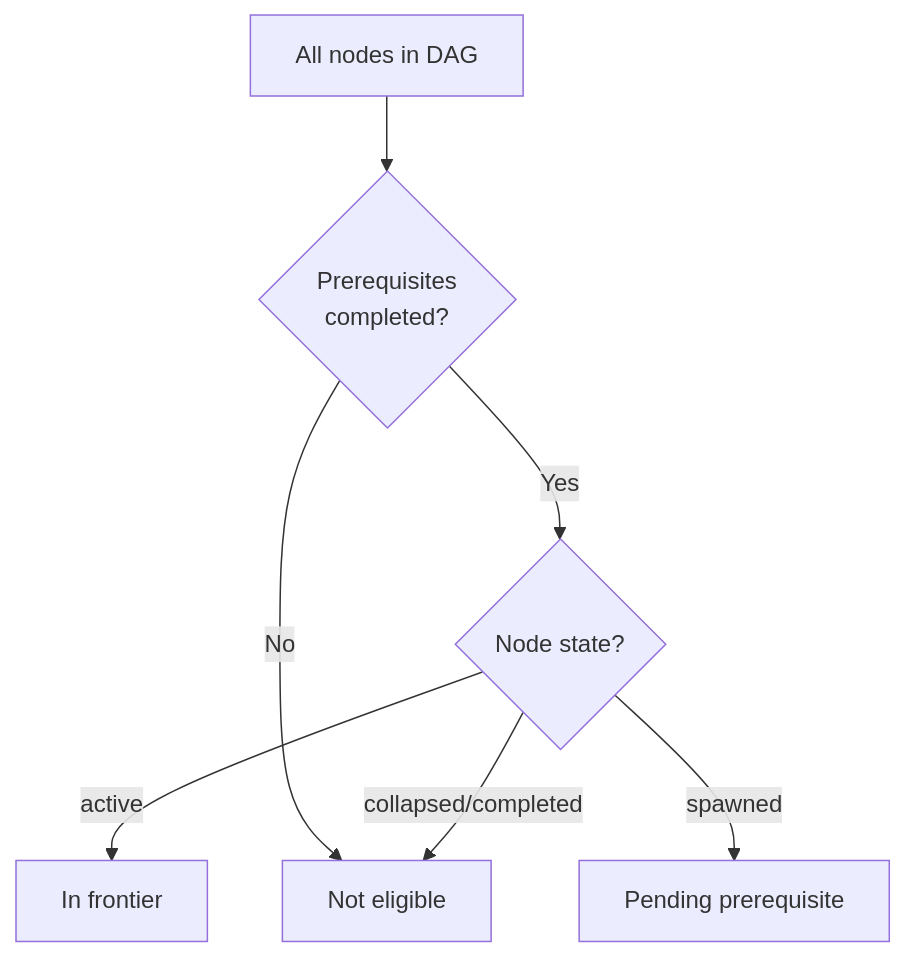
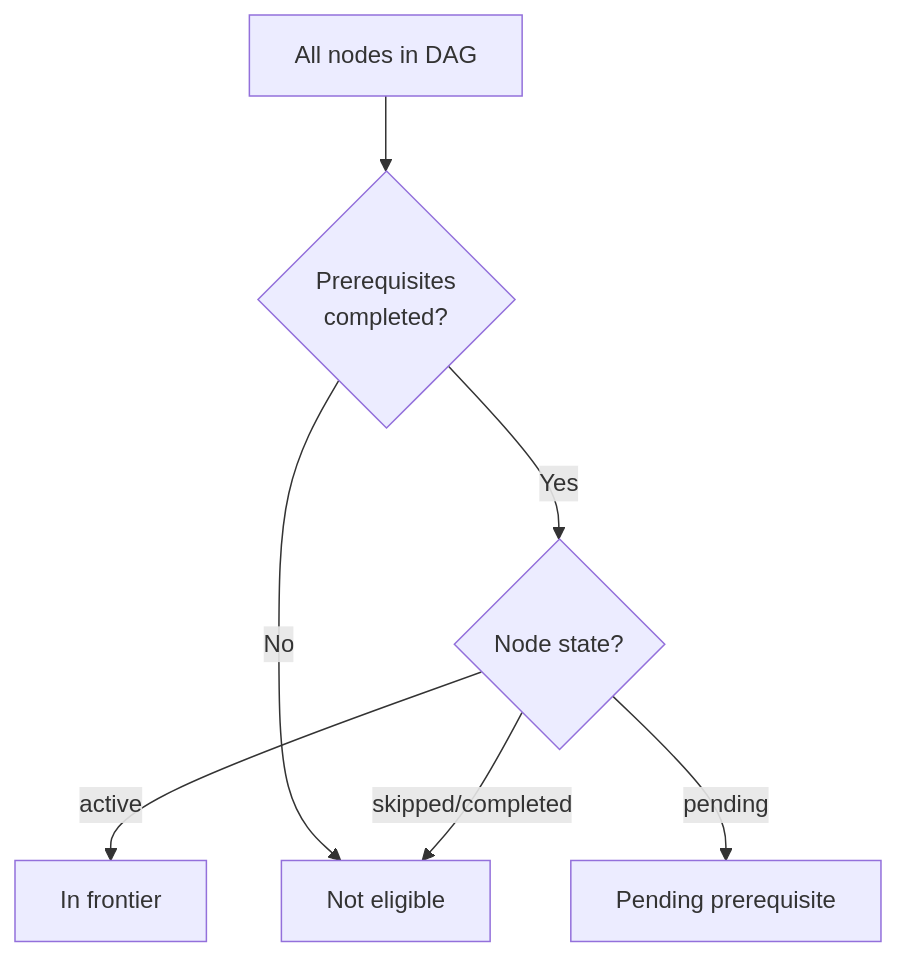
Before and after one commit to altakleos/sensei: the second of 2 diagrams in docs/specs/curriculum-graph.md, drawn with Mermaid. The commit also changed other lines of this file and 36 other files, not shown here.

````diff
--- a/docs/specs/curriculum-graph.md
+++ b/docs/specs/curriculum-graph.md
@@ -52,9 +53,9 @@
 ```mermaid
 flowchart TD
     A[All nodes in DAG] --> B{Prerequisites\ncompleted?}
     B -->|Yes| C{Node state?}
     B -->|No| D[Not eligible]
     C -->|active| E[In frontier]
-    C -->|collapsed/completed| D
-    C -->|spawned| F[Pending prerequisite]
+    C -->|skipped/completed| D
+    C -->|pending| F[Pending prerequisite]
 ```
````
